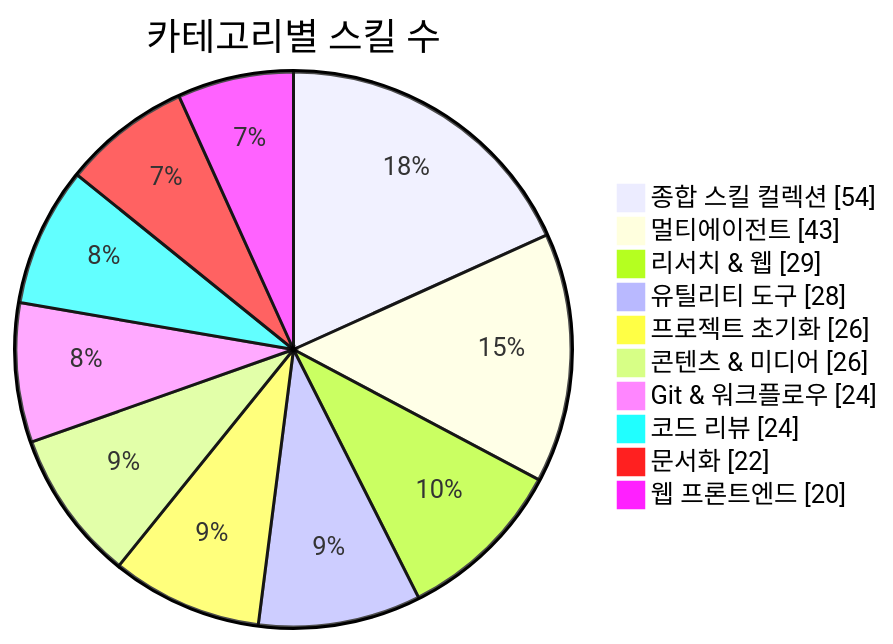
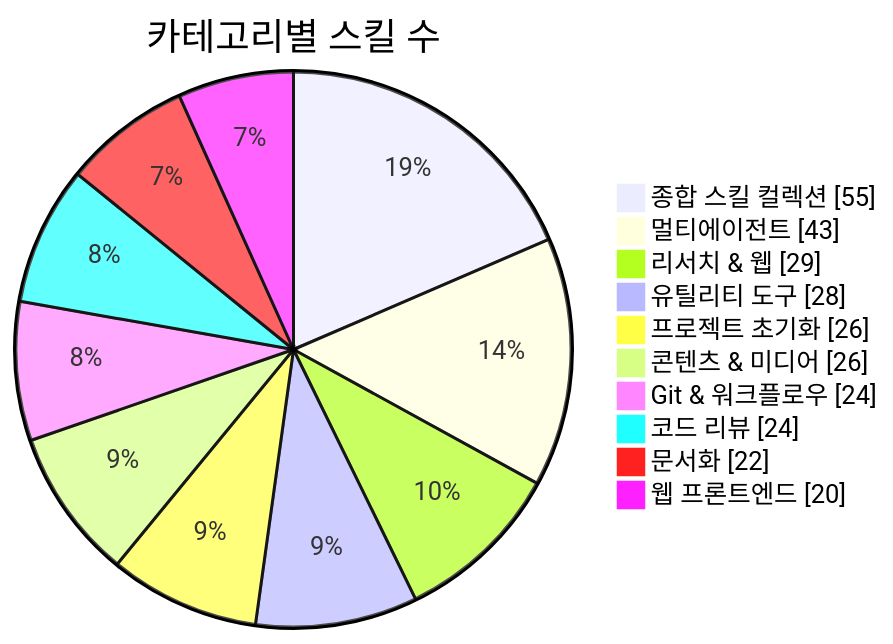
One commit to J-nowcow/awesome-korean-agent-skills changed the first of 3 diagrams in README.md. Above: the diagram before and after it, drawn with Mermaid. The commit also changed other lines of this file and 3 other files, not shown here.

````diff
--- a/README.md
+++ b/README.md
@@ -176,14 +176,14 @@
 ```mermaid
 pie showData
     title 카테고리별 스킬 수
-    "종합 스킬 컬렉션" : 54
+    "종합 스킬 컬렉션" : 55
     "멀티에이전트" : 43
     "리서치 & 웹" : 29
     "유틸리티 도구" : 28
     "프로젝트 초기화" : 26
     "콘텐츠 & 미디어" : 26
     "Git & 워크플로우" : 24
     "코드 리뷰" : 24
     "문서화" : 22
     "웹 프론트엔드" : 20
 ```
````
